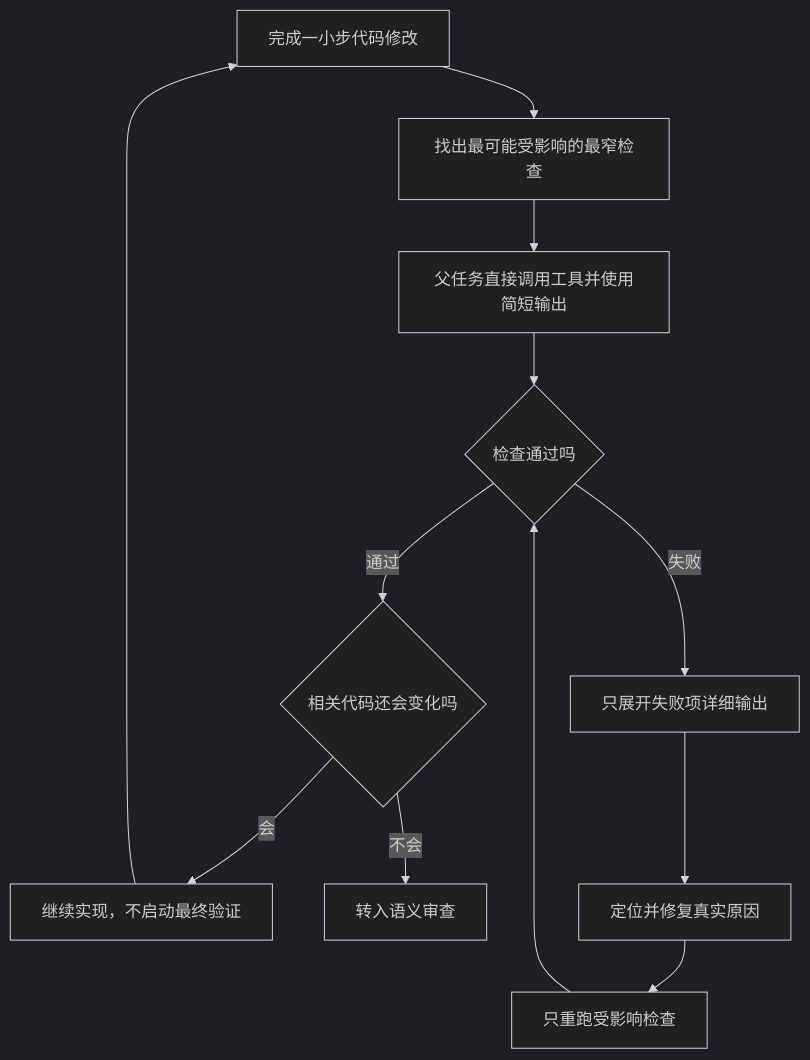
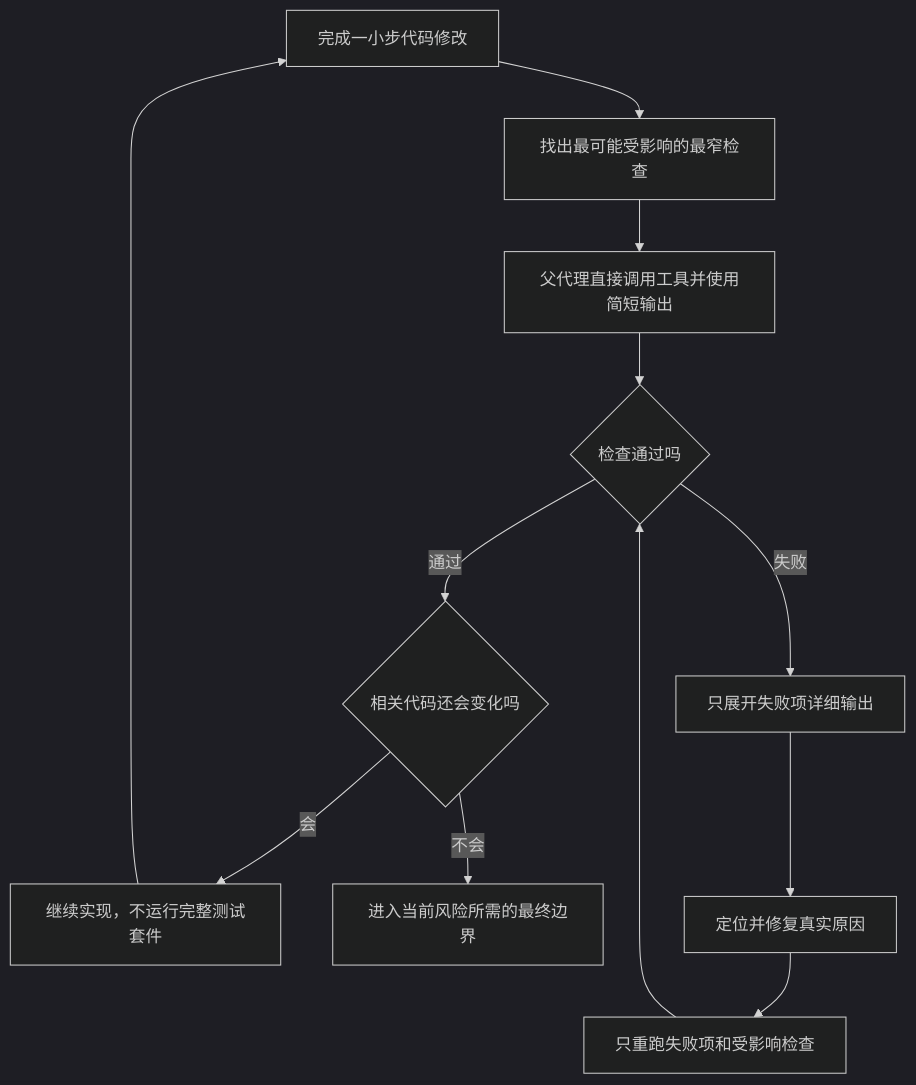
The seventh of 13 diagrams in skills/lean-stack/references/flowcharts-zh.md (Lang45/codex-lean-stack), drawn with Mermaid (dark theme) before and after one commit. The commit also changed other lines of this file and 25 other files, not shown here.

````diff
--- a/skills/lean-stack/references/flowcharts-zh.md
+++ b/skills/lean-stack/references/flowcharts-zh.md
@@ -150,14 +434,14 @@
 ```mermaid
 flowchart TD
     A[完成一小步代码修改] --> B[找出最可能受影响的最窄检查]
-    B --> C[父任务直接调用工具并使用简短输出]
+    B --> C[父代理直接调用工具并使用简短输出]
     C --> D{检查通过吗}
     D -->|通过| E{相关代码还会变化吗}
-    E -->|会| F[继续实现，不启动最终验证]
+    E -->|会| F[继续实现，不运行完整测试套件]
     F --> A
-    E -->|不会| G[转入语义审查]
+    E -->|不会| G[进入当前风险所需的最终边界]
     D -->|失败| H[只展开失败项详细输出]
     H --> I[定位并修复真实原因]
-    I --> J[只重跑受影响检查]
+    I --> J[只重跑失败项和受影响检查]
     J --> D
 ```
````
